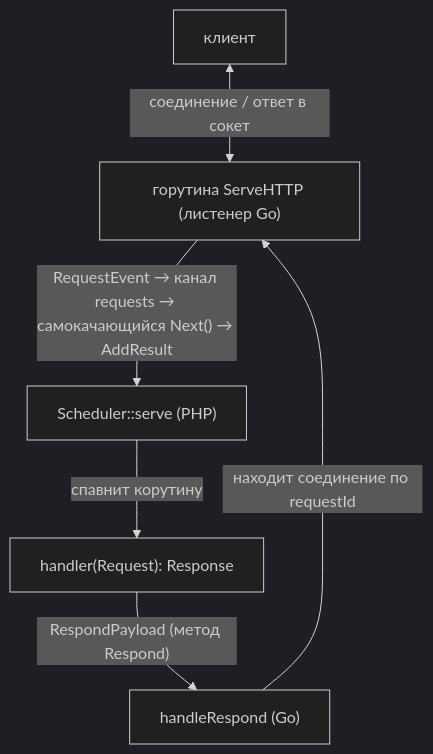
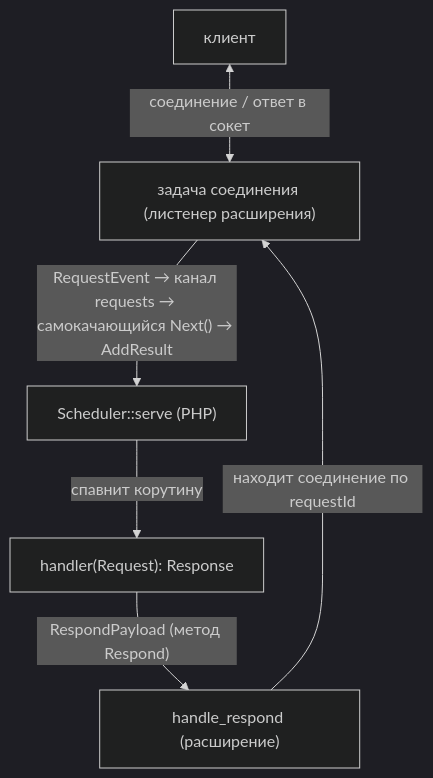
The diagram in docs/adding-a-server.ru.md (sprust/sconcur), drawn with Mermaid (dark theme) before and after one commit. The commit also changed other lines of this file and 46 other files, not shown here.

````diff
--- a/docs/adding-a-server.ru.md
+++ b/docs/adding-a-server.ru.md
@@ -42,14 +41,14 @@
 ```mermaid
 flowchart TB
     client["клиент"]
-    serve["горутина ServeHTTP (листенер Go)"]
+    serve["задача соединения (листенер расширения)"]
     sched["Scheduler::serve (PHP)"]
     handler["handler(Request): Response"]
-    respond["handleRespond (Go)"]
+    respond["handle_respond (расширение)"]
 
     client <-->|"соединение / ответ в сокет"| serve
     serve -->|"RequestEvent → канал requests → самокачающийся Next() → AddResult"| sched
     sched -->|"спавнит корутину"| handler
     handler -->|"RespondPayload (метод Respond)"| respond
     respond -->|"находит соединение по requestId"| serve
 ```
````
